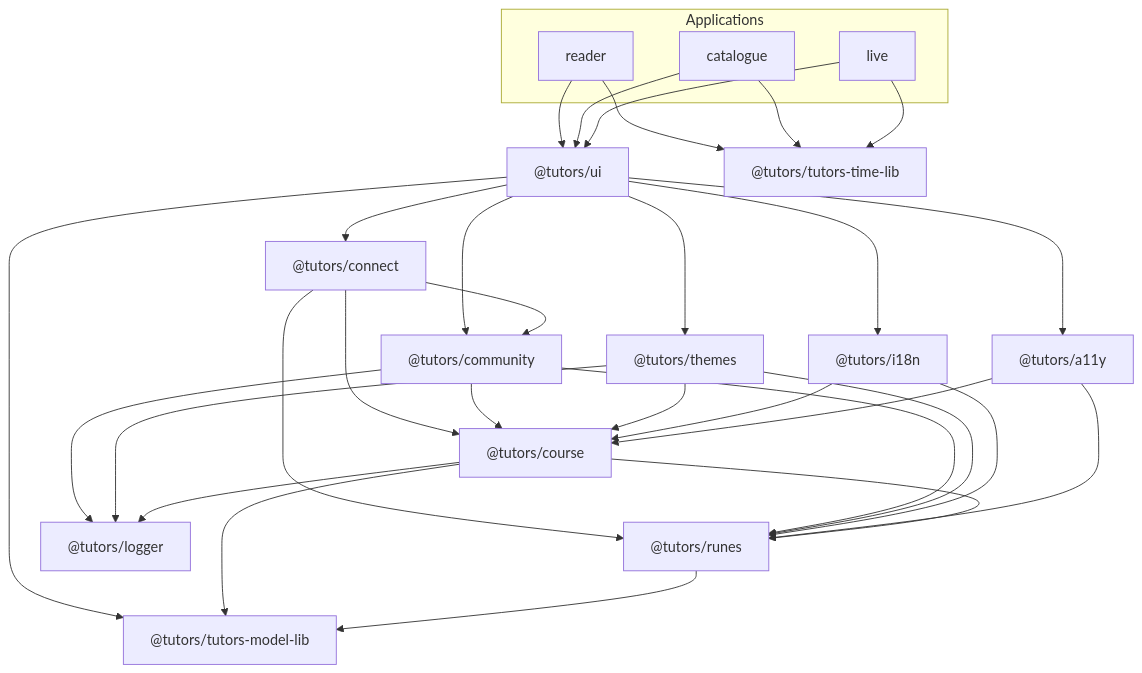
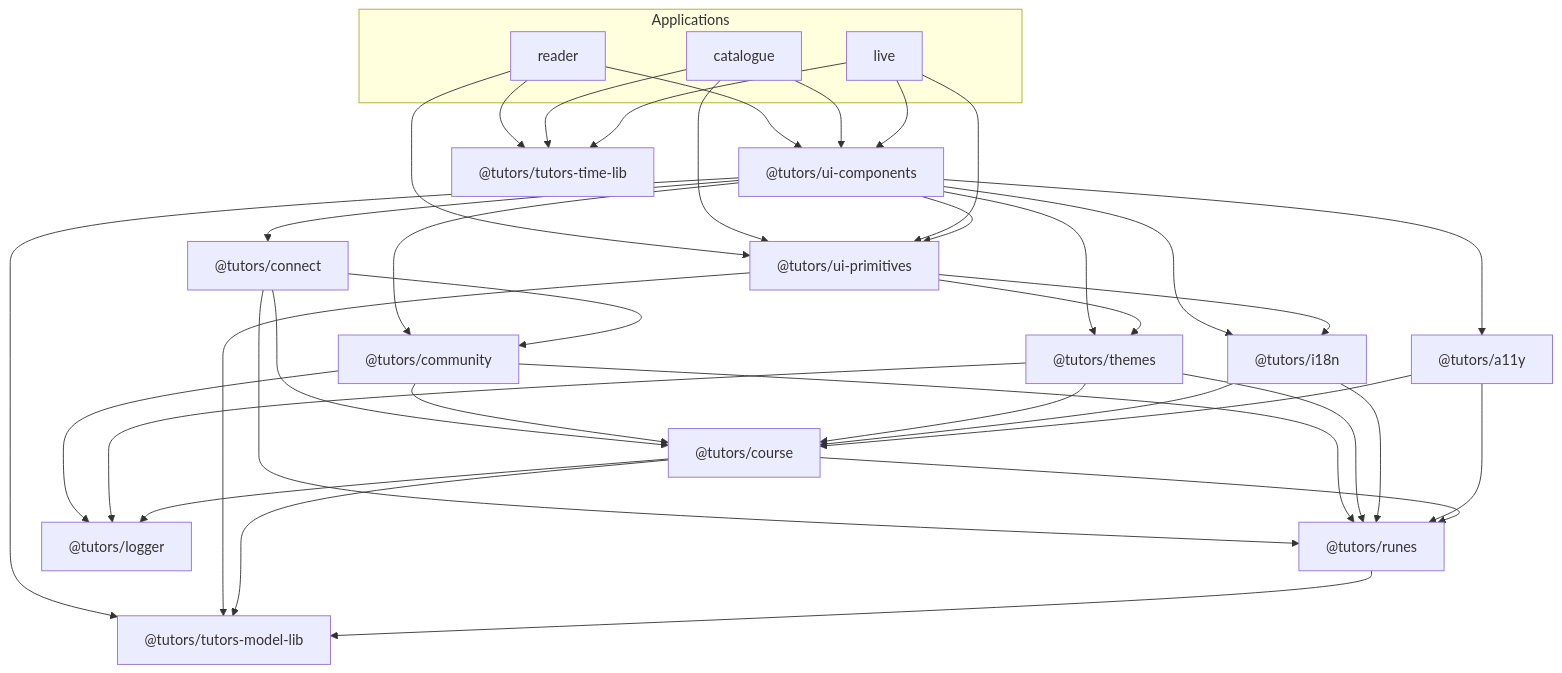
Before and after one commit to tutors-sdk/workshop-2024: diagram 12 of 13 in unit-4-implement/note-architecture/note-architecture.md, drawn with Mermaid. The commit also changed other lines of this file, not shown here.

Commit message:
update diagrams

````diff
--- a/unit-4-implement/note-architecture/note-architecture.md
+++ b/unit-4-implement/note-architecture/note-architecture.md
@@ -1360,58 +1404,67 @@
 ```mermaid
 graph TD
   subgraph Applications
     reader["reader"]
     catalogue["catalogue"]
     live["live"]
   end
 
-  ui["@tutors/ui"]
+  ui_prim["@tutors/ui-primitives"]
+  ui_comp["@tutors/ui-components"]
   connect["@tutors/connect"]
   community["@tutors/community"]
   themes["@tutors/themes"]
   i18n["@tutors/i18n"]
   a11y["@tutors/a11y"]
   course["@tutors/course"]
   runes["@tutors/runes"]
   logger["@tutors/logger"]
   model["@tutors/tutors-model-lib"]
   time["@tutors/tutors-time-lib"]
 
-  reader --> ui
-  catalogue --> ui
-  live --> ui
+  reader --> ui_comp
+  reader --> ui_prim
+  catalogue --> ui_comp
+  catalogue --> ui_prim
+  live --> ui_comp
+  live --> ui_prim
   reader --> time
   catalogue --> time
   live --> time
 
-  ui --> connect
-  ui --> themes
-  ui --> community
-  ui --> i18n
-  ui --> a11y
-  ui --> model
+  ui_comp --> ui_prim
+  ui_comp --> connect
+  ui_comp --> themes
+  ui_comp --> community
+  ui_comp --> i18n
+  ui_comp --> a11y
+  ui_comp --> model
+
+  ui_prim --> themes
+  ui_prim --> i18n
+  ui_prim --> model
 
   connect --> community
   connect --> course
   connect --> runes
 
   community --> course
   community --> runes
   community --> logger
 
   themes --> course
   themes --> runes
   themes --> logger
 
   i18n --> runes
   i18n --> course
 
   a11y --> runes
   a11y --> course
 
   course --> runes
   course --> logger
   course --> model
 
   runes --> model
 ```
````
